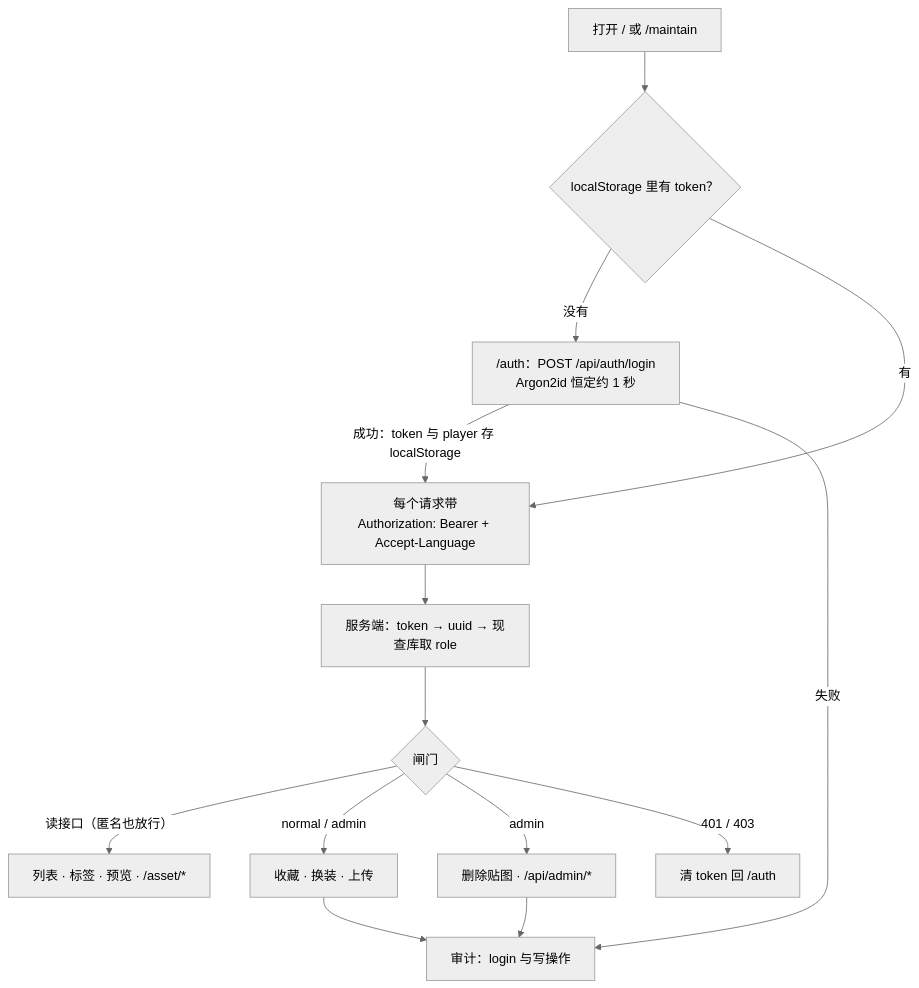
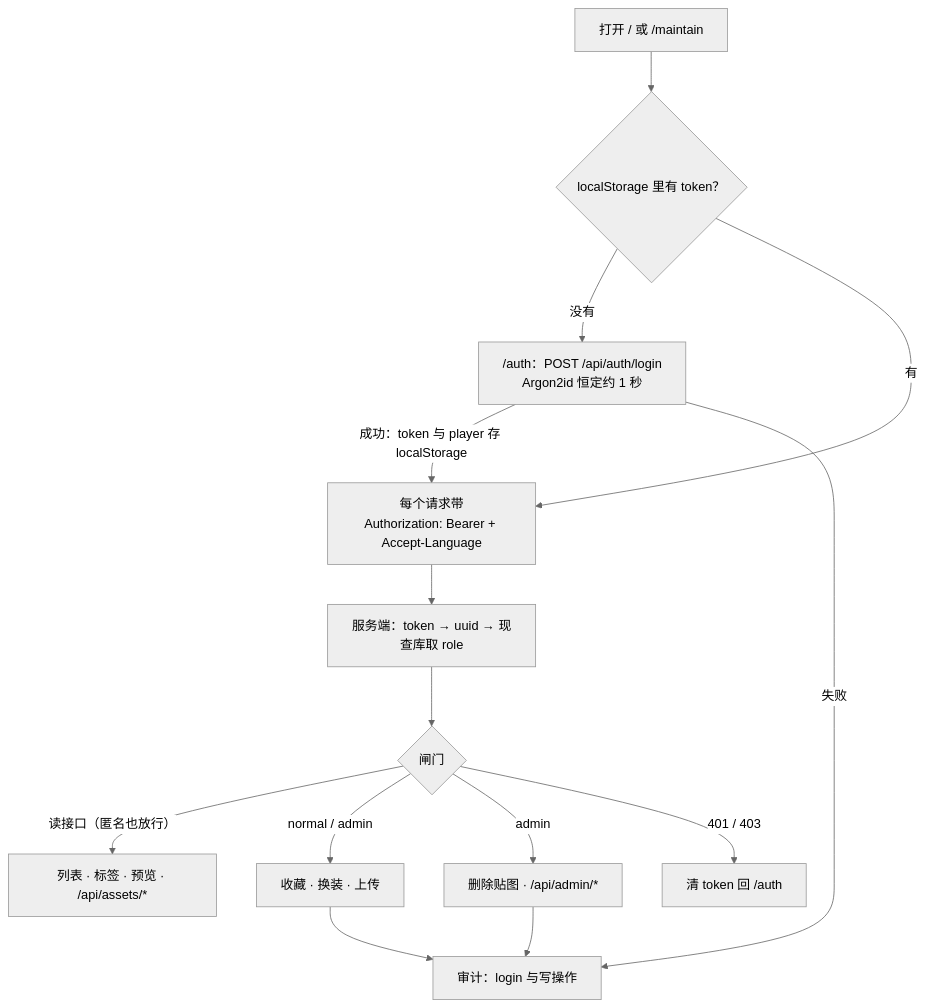
Before and after one commit to hm-service/scoped-skin: the fourth of 4 diagrams in DESIGN.md, drawn with Mermaid (neutral theme). The commit also changed other lines of this file and 64 other files, not shown here.

````diff
--- a/DESIGN.md
+++ b/DESIGN.md
@@ -436,16 +441,16 @@
 ```mermaid
 flowchart TD
   open["打开 / 或 /maintain"] --> has{"localStorage 里有 token？"}
   has -->|没有| login["/auth：POST /api/auth/login<br/>Argon2id 恒定约 1 秒"]
   has -->|有| req["每个请求带<br/>Authorization: Bearer + Accept-Language"]
   login -->|"成功：token 与 player 存 localStorage"| req
   login -->|失败| audit["审计：login 与写操作"]
   req --> who["服务端：token → uuid → 现查库取 role"]
   who --> gate{"闸门"}
-  gate -->|"读接口（匿名也放行）"| read["列表 · 标签 · 预览 · /asset/*"]
+  gate -->|"读接口（匿名也放行）"| read["列表 · 标签 · 预览 · /api/assets/*"]
   gate -->|"normal / admin"| write["收藏 · 换装 · 上传"]
   gate -->|admin| manage["删除贴图 · /api/admin/*"]
   gate -->|"401 / 403"| back["清 token 回 /auth"]
   write --> audit
   manage --> audit
 ```
````
